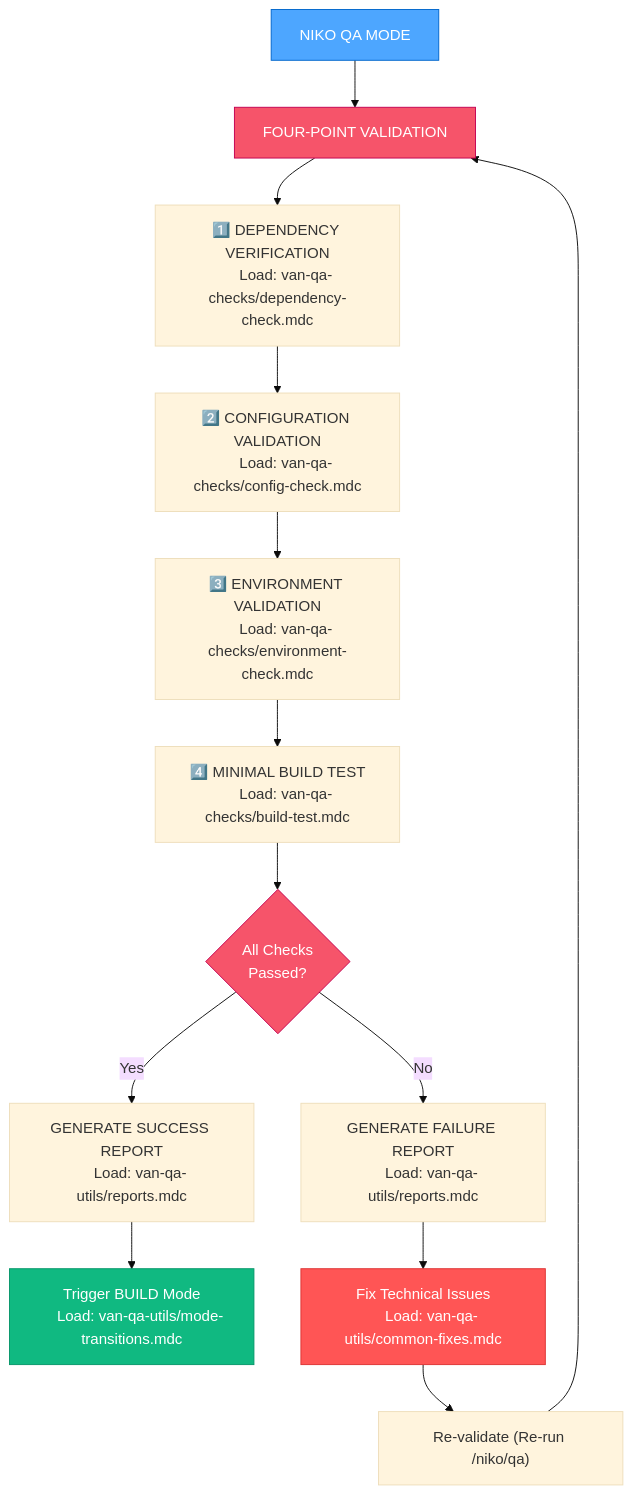
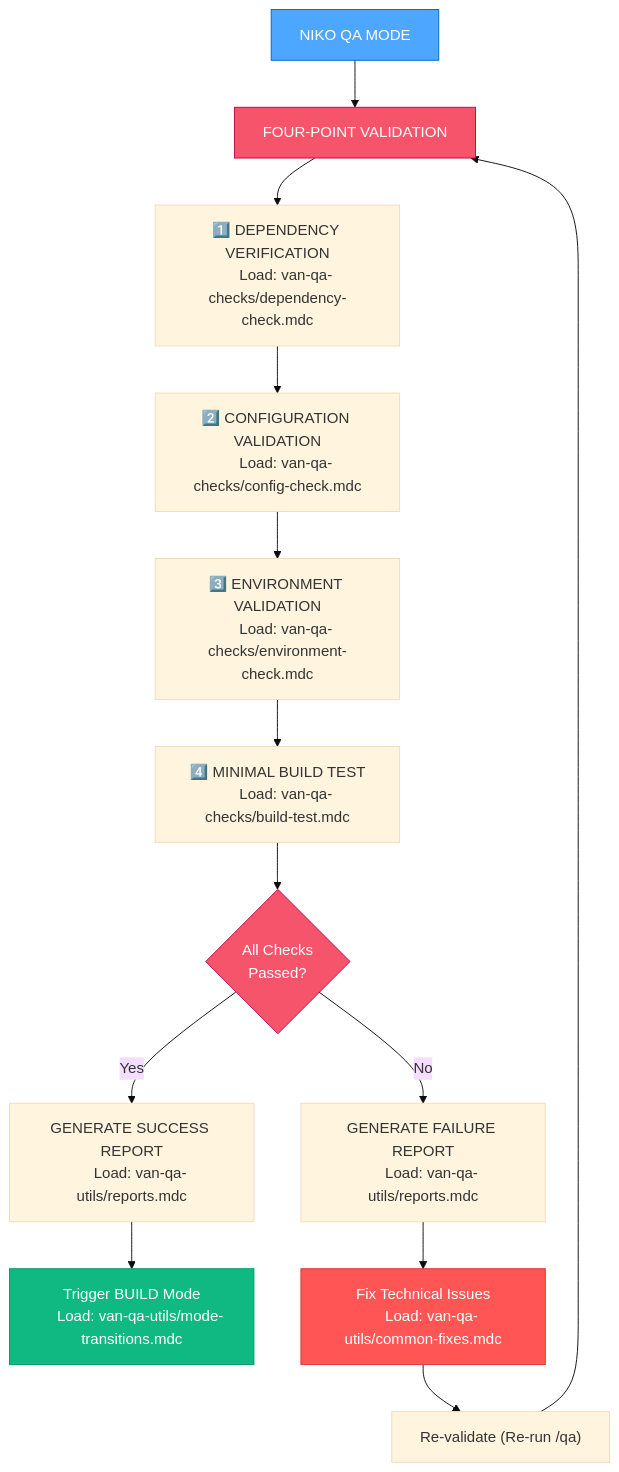
One commit to Texarkanine/.cursor-rules changed the second of 3 diagrams in rulesets/niko/niko/visual-maps/van_mode_split/van-qa-main.mdc. Above: the diagram before and after it, drawn with Mermaid (base theme). The commit also changed other lines of this file and 24 other files, not shown here.

````diff
--- a/rulesets/niko/niko/visual-maps/van_mode_split/van-qa-main.mdc
+++ b/rulesets/niko/niko/visual-maps/van_mode_split/van-qa-main.mdc
@@ -62,32 +62,32 @@
 ```mermaid
 graph TD
     VANQA["NIKO QA MODE"] --> FourChecks["FOUR-POINT VALIDATION"]
     
     FourChecks --> DepCheck["1️⃣ DEPENDENCY VERIFICATION
     Load: van-qa-checks/dependency-check.mdc"]
     DepCheck --> ConfigCheck["2️⃣ CONFIGURATION VALIDATION
     Load: van-qa-checks/config-check.mdc"]
     ConfigCheck --> EnvCheck["3️⃣ ENVIRONMENT VALIDATION
     Load: van-qa-checks/environment-check.mdc"]
     EnvCheck --> MinBuildCheck["4️⃣ MINIMAL BUILD TEST
     Load: van-qa-checks/build-test.mdc"]
     
     MinBuildCheck --> ValidationResults{"All Checks<br>Passed?"}
     ValidationResults -->|"Yes"| SuccessReport["GENERATE SUCCESS REPORT
     Load: van-qa-utils/reports.mdc"]
     ValidationResults -->|"No"| FailureReport["GENERATE FAILURE REPORT
     Load: van-qa-utils/reports.mdc"]
     
     SuccessReport --> BUILD_Transition["Trigger BUILD Mode
     Load: van-qa-utils/mode-transitions.mdc"]
     FailureReport --> FixIssues["Fix Technical Issues
     Load: van-qa-utils/common-fixes.mdc"]
-    FixIssues --> ReValidate["Re-validate (Re-run /niko/qa)"]
+    FixIssues --> ReValidate["Re-validate (Re-run /qa)"]
     ReValidate --> FourChecks
     
     style VANQA fill:#4da6ff,stroke:#0066cc,color:white
     style FourChecks fill:#f6546a,stroke:#c30052,color:white
     style ValidationResults fill:#f6546a,stroke:#c30052,color:white
     style BUILD_Transition fill:#10b981,stroke:#059669,color:white
     style FixIssues fill:#ff5555,stroke:#dd3333,color:white
 ```
````
